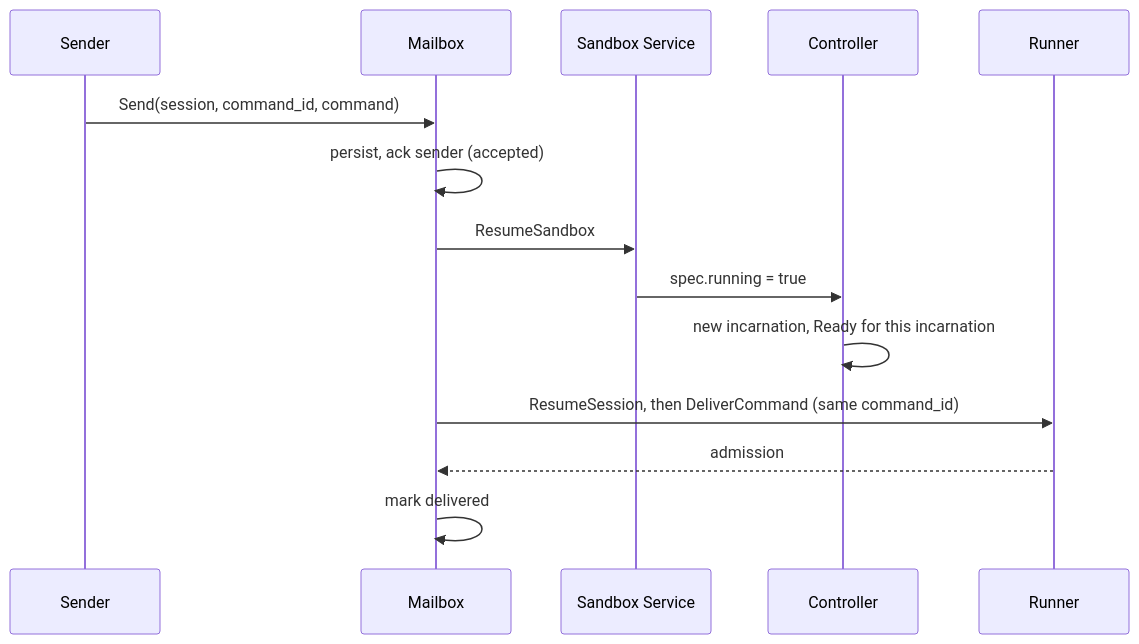
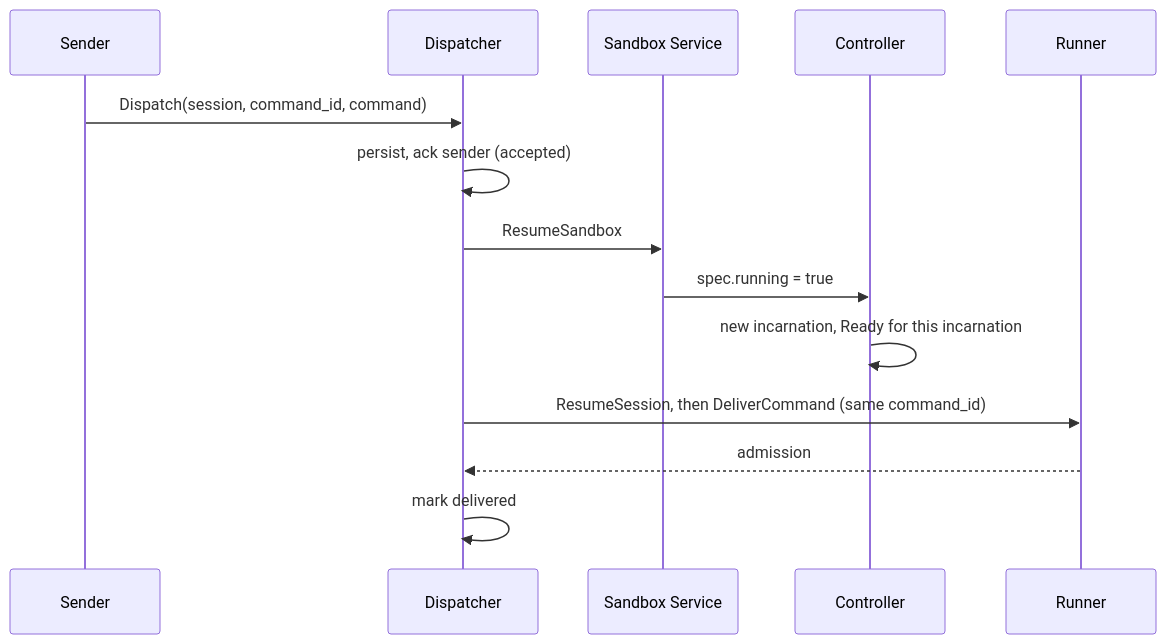
Before and after one commit to agentydragon/ducktape: the third of 3 diagrams in agentplane/docs/adr_sandbox_session_control.md, drawn with Mermaid. The commit also changed other lines of this file, not shown here.

First line of the commit message:
agentplane: name the queue service Session Dispatcher, clear of inbox and mailbox

````diff
--- a/agentplane/docs/adr_sandbox_session_control.md
+++ b/agentplane/docs/adr_sandbox_session_control.md
@@ -401,16 +401,16 @@
 ```mermaid
 sequenceDiagram
     participant S as Sender
-    participant K as Mailbox
+    participant K as Dispatcher
     participant SS as Sandbox Service
     participant C as Controller
     participant R as Runner
-    S->>K: Send(session, command_id, command)
+    S->>K: Dispatch(session, command_id, command)
     K->>K: persist, ack sender (accepted)
     K->>SS: ResumeSandbox
     SS->>C: spec.running = true
     C->>C: new incarnation, Ready for this incarnation
     K->>R: ResumeSession, then DeliverCommand (same command_id)
     R-->>K: admission
     K->>K: mark delivered
 ```
````
